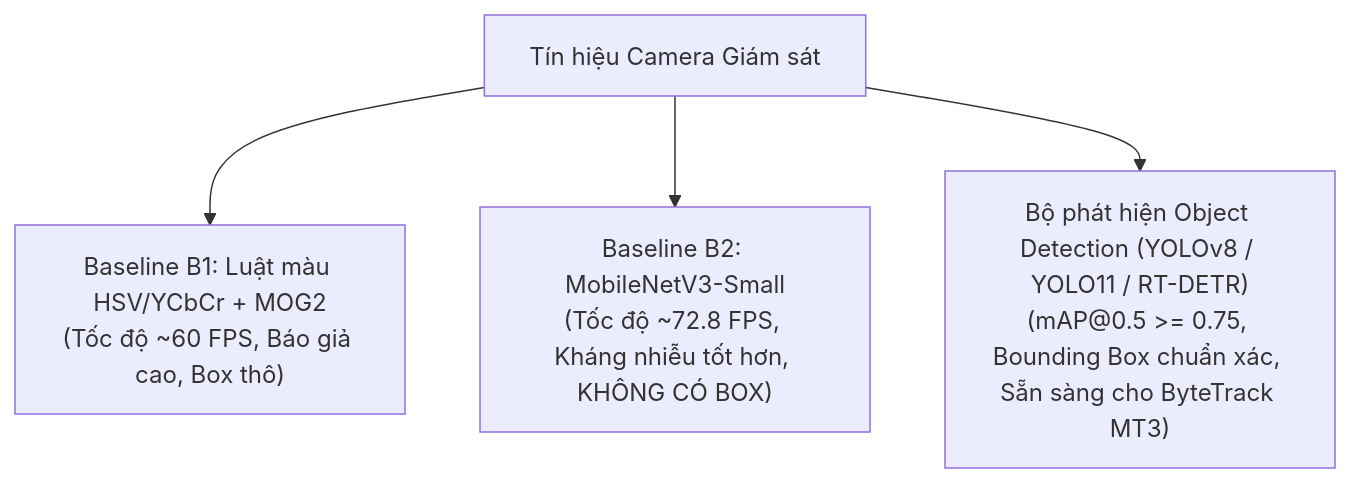
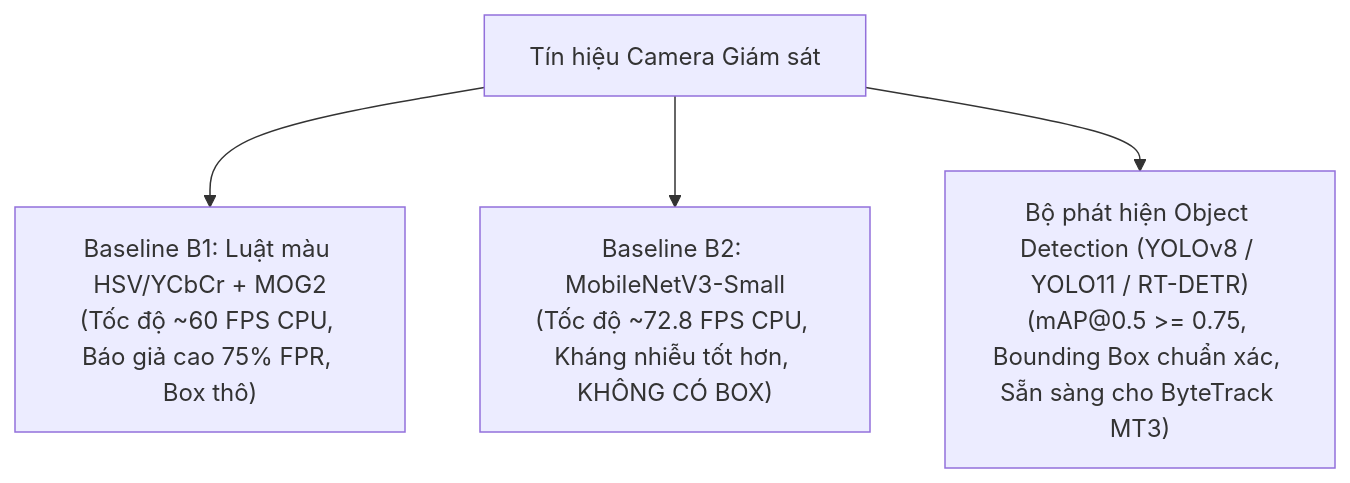
The diagram in docs/tuan_3_checklist.md (vietmaiquoc2k5-max/DACN_NCKH), drawn with Mermaid before and after one commit. The commit also changed other lines of this file and 4 other files, not shown here.

````diff
--- a/docs/tuan_3_checklist.md
+++ b/docs/tuan_3_checklist.md
@@ -22,6 +25,6 @@
 ```mermaid
 graph TD
-    A["Tín hiệu Camera Giám sát"] --> B1["Baseline B1: Luật màu HSV/YCbCr + MOG2<br>(Tốc độ ~60 FPS, Báo giả cao, Box thô)"]
-    A --> B2["Baseline B2: MobileNetV3-Small<br>(Tốc độ ~72.8 FPS, Kháng nhiễu tốt hơn, KHÔNG CÓ BOX)"]
+    A["Tín hiệu Camera Giám sát"] --> B1["Baseline B1: Luật màu HSV/YCbCr + MOG2<br>(Tốc độ ~60 FPS CPU, Báo giả cao 75% FPR, Box thô)"]
+    A --> B2["Baseline B2: MobileNetV3-Small<br>(Tốc độ ~72.8 FPS CPU, Kháng nhiễu tốt hơn, KHÔNG CÓ BOX)"]
     A --> OD["Bộ phát hiện Object Detection (YOLOv8 / YOLO11 / RT-DETR)<br>(mAP@0.5 >= 0.75, Bounding Box chuẩn xác, Sẵn sàng cho ByteTrack MT3)"]
 ```
````
